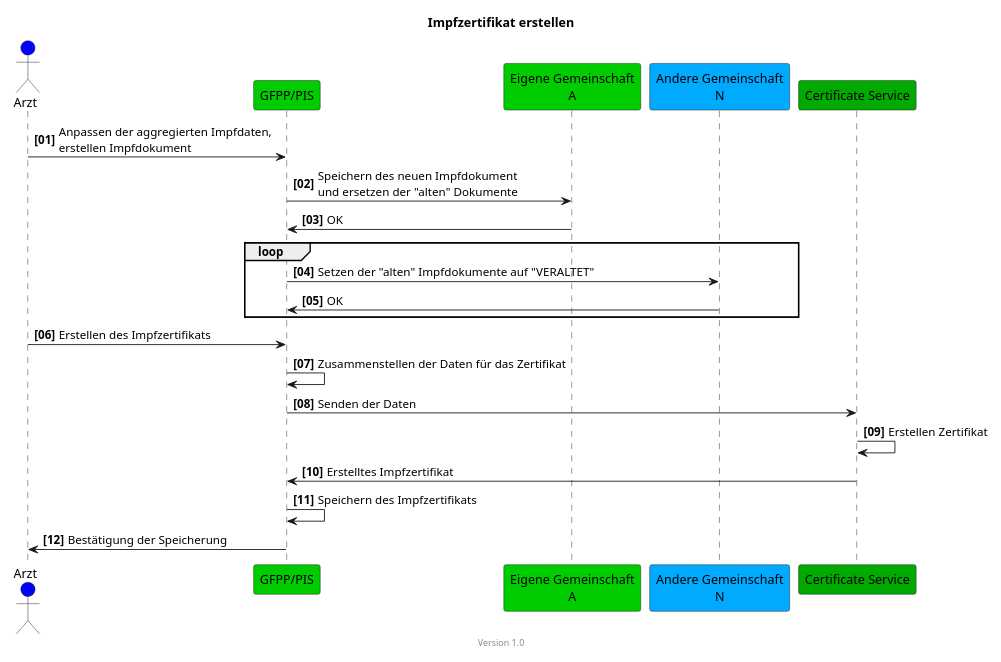
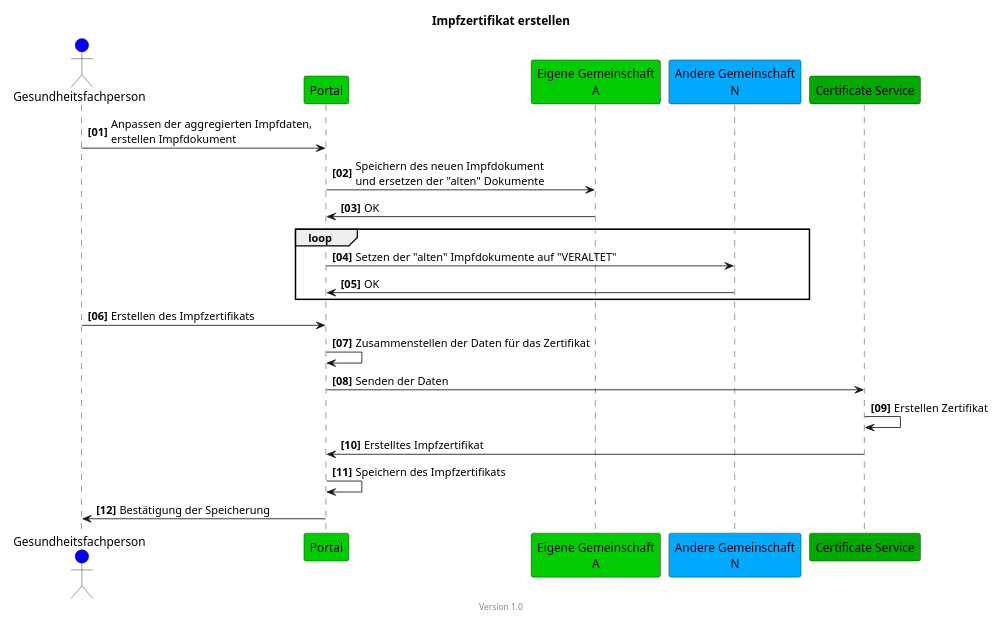
The diagram in input/images-source/epd-create-valid-immunization-certificate-de.plantuml (hl7ch/ch-vacd), drawn with PlantUML before and after one commit. The commit also changed 12 other files, not shown here.

```diff
--- a/input/images-source/epd-create-valid-immunization-certificate-de.plantuml
+++ b/input/images-source/epd-create-valid-immunization-certificate-de.plantuml
@@ -1,31 +1,31 @@
 @startuml
 title Impfzertifikat erstellen
 footer Version 1.0
 skinparam responseMessageBelowArrow true
 scale max 800 width
 
-actor Arzt #blue
-participant "GFPP/PIS" #00CC00
+actor Gesundheitsfachperson AS Arzt #blue
+participant "Portal" #00CC00
 participant "Eigene Gemeinschaft\nA" #00CC00
 participant "Andere Gemeinschaft\nN" #00aaff
 participant "Certificate Service" #00aa00
 
 autonumber "<b>[00]"
-Arzt -> "GFPP/PIS": Anpassen der aggregierten Impfdaten,\nerstellen Impfdokument
-"GFPP/PIS" -> "Eigene Gemeinschaft\nA": Speichern des neuen Impfdokument\nund ersetzen der "alten" Dokumente
-"Eigene Gemeinschaft\nA" -> "GFPP/PIS": OK
+Arzt -> "Portal": Anpassen der aggregierten Impfdaten,\nerstellen Impfdokument
+"Portal" -> "Eigene Gemeinschaft\nA": Speichern des neuen Impfdokument\nund ersetzen der "alten" Dokumente
+"Eigene Gemeinschaft\nA" -> "Portal": OK
 
 loop
-"GFPP/PIS" -> "Andere Gemeinschaft\nN": Setzen der "alten" Impfdokumente auf "VERALTET"
-"Andere Gemeinschaft\nN" -> "GFPP/PIS": OK
+"Portal" -> "Andere Gemeinschaft\nN": Setzen der "alten" Impfdokumente auf "VERALTET"
+"Andere Gemeinschaft\nN" -> "Portal": OK
 end
 
-Arzt -> "GFPP/PIS": Erstellen des Impfzertifikats
-"GFPP/PIS" -> "GFPP/PIS": Zusammenstellen der Daten für das Zertifikat
-"GFPP/PIS" -> "Certificate Service": Senden der Daten
+Arzt -> "Portal": Erstellen des Impfzertifikats
+"Portal" -> "Portal": Zusammenstellen der Daten für das Zertifikat
+"Portal" -> "Certificate Service": Senden der Daten
 "Certificate Service" -> "Certificate Service": Erstellen Zertifikat
-"Certificate Service" -> "GFPP/PIS": Erstelltes Impfzertifikat
-"GFPP/PIS" -> "GFPP/PIS": Speichern des Impfzertifikats
-"GFPP/PIS" -> Arzt: Bestätigung der Speicherung
+"Certificate Service" -> "Portal": Erstelltes Impfzertifikat
+"Portal" -> "Portal": Speichern des Impfzertifikats
+"Portal" -> Arzt: Bestätigung der Speicherung
 
 @enduml
```
